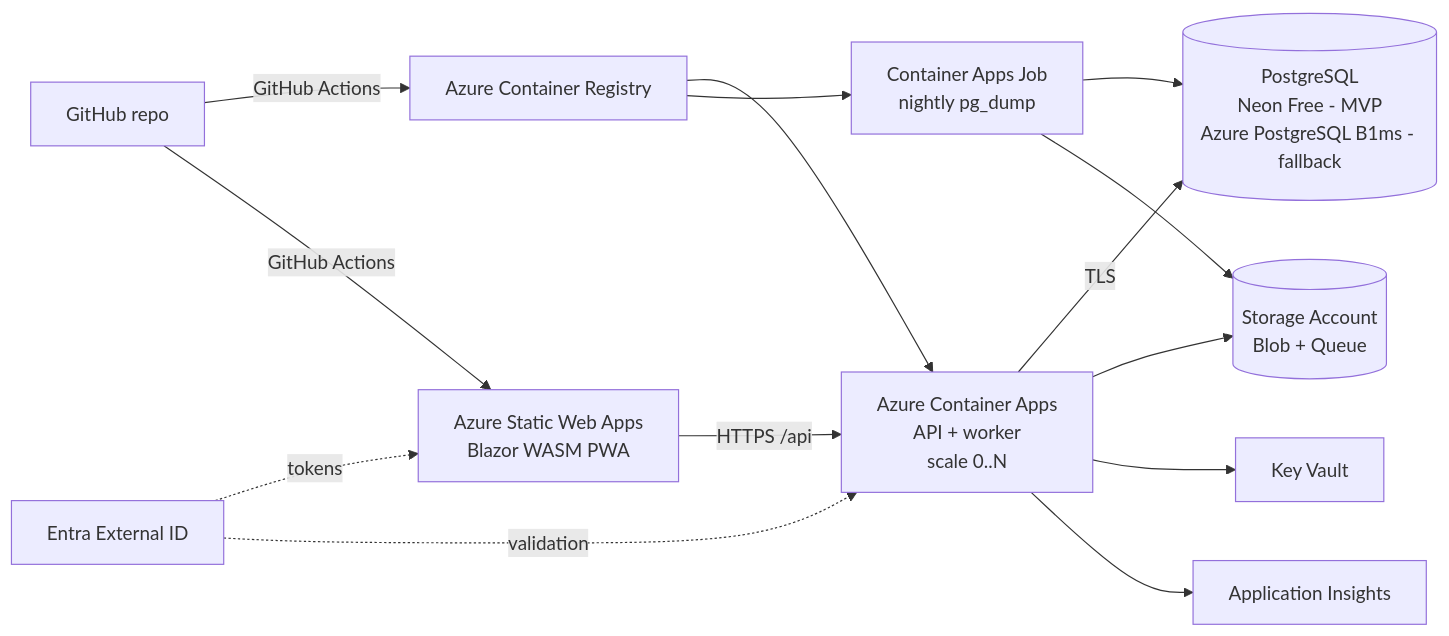
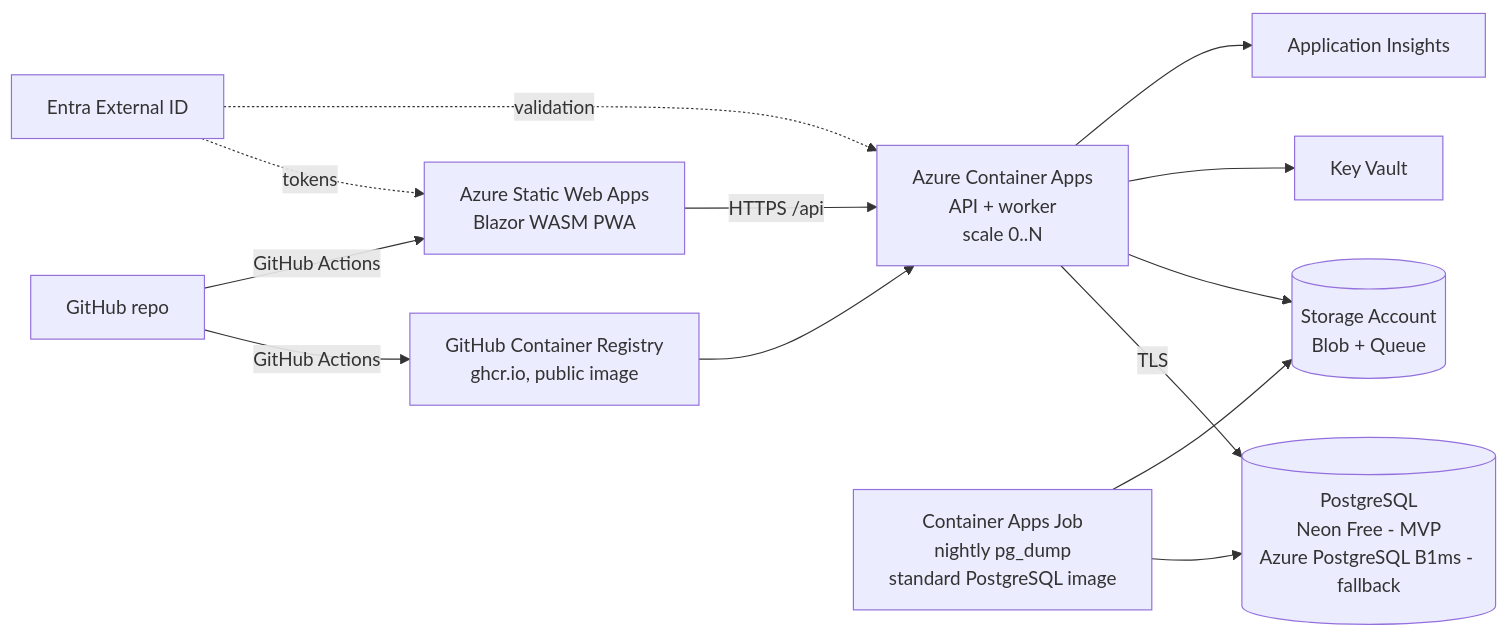
One commit to jborowiak/Collection-Organizer changed the eighth of 8 diagrams in 02-architecture.md. Above: the diagram before and after it, drawn with Mermaid. The commit also changed other lines of this file, not shown here.

First line of the commit message:
Update architecture document for version 0.5

````diff
--- a/02-architecture.md
+++ b/02-architecture.md
@@ -470,16 +471,16 @@
 ```mermaid
 flowchart LR
-    DEV[GitHub repo] -->|GitHub Actions| ACR[Azure Container Registry]
+    DEV[GitHub repo] -->|GitHub Actions| GHCR[GitHub Container Registry<br/>ghcr.io, public image]
     DEV -->|GitHub Actions| SWA[Azure Static Web Apps<br/>Blazor WASM PWA]
-    ACR --> ACA[Azure Container Apps<br/>API + worker<br/>scale 0..N]
-    ACR --> JOB[Container Apps Job<br/>nightly pg_dump]
+    GHCR --> ACA[Azure Container Apps<br/>API + worker<br/>scale 0..N]
+    JOB[Container Apps Job<br/>nightly pg_dump<br/>standard PostgreSQL image]
     SWA -->|HTTPS /api| ACA
     ACA -->|TLS| PG[(PostgreSQL<br/>Neon Free - MVP<br/>Azure PostgreSQL B1ms - fallback)]
     ACA --> ST[(Storage Account<br/>Blob + Queue)]
     JOB --> PG
     JOB --> ST
     ACA --> KV[Key Vault]
     ACA --> AI[Application Insights]
     ENTRA[Entra External ID] -.tokens.-> SWA
     ENTRA -.validation.-> ACA
 ```
````
